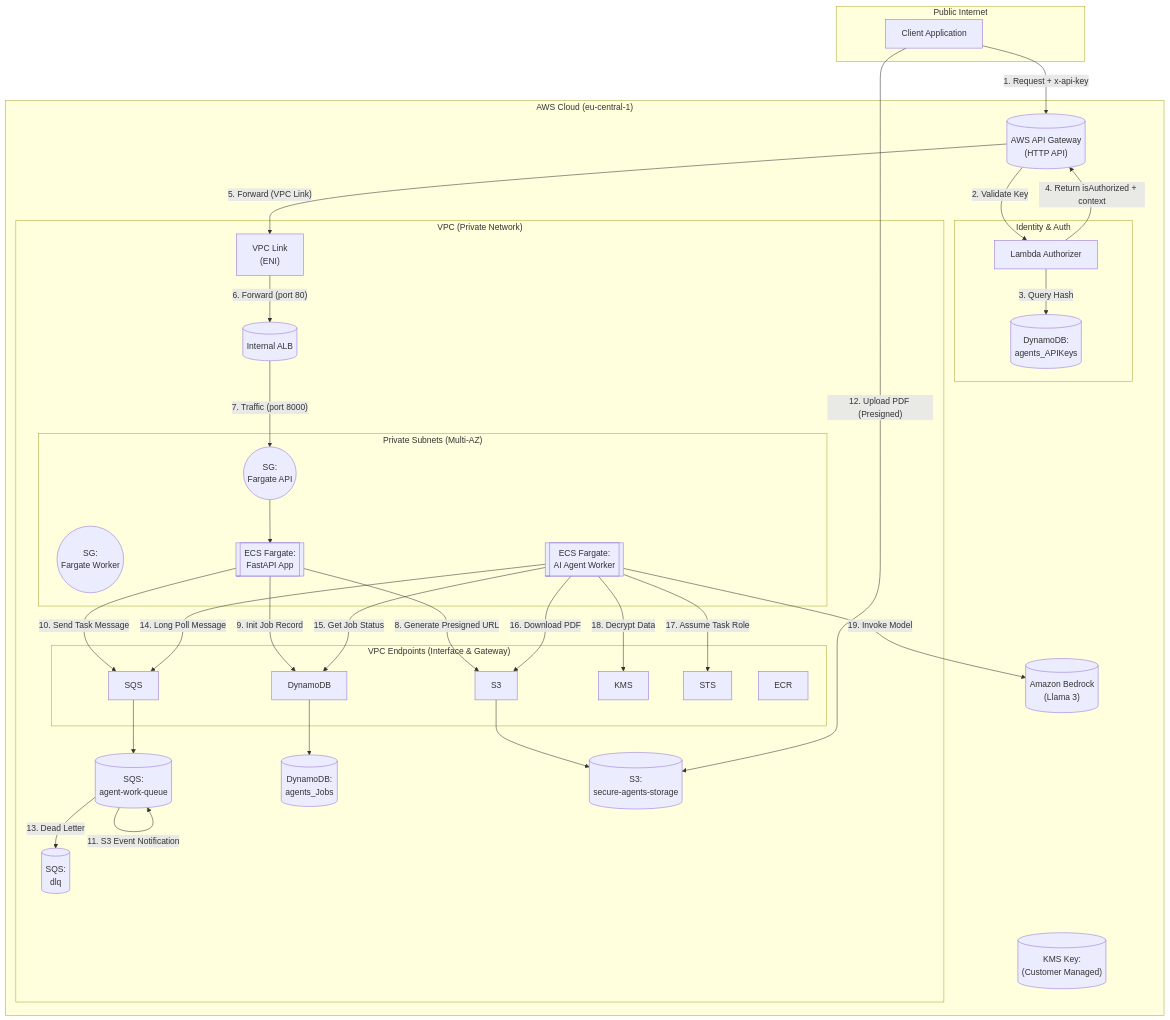
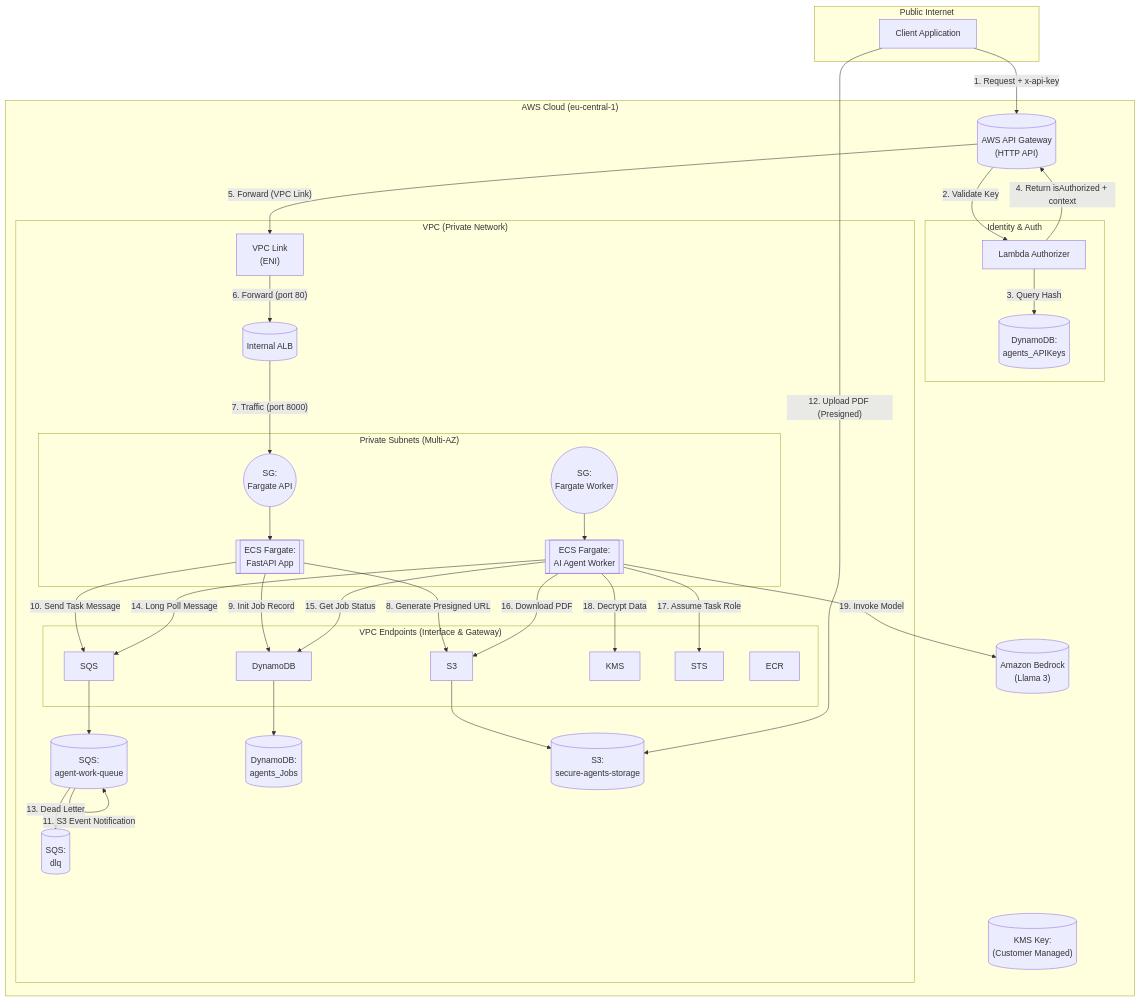
Before and after one commit to SteliosSpanos/secure-agents: the diagram in README.md, drawn with Mermaid.

Commit message:
Fixes diagram

````diff
--- a/README.md
+++ b/README.md
@@ -11,75 +11,76 @@
 ```mermaid
 graph TD
   subgraph PublicInternet["Public Internet"]
     Client["Client Application"]
   end
 
   subgraph AWSCloud["AWS Cloud (eu-central-1)"]
     APIGW[("AWS API Gateway<br>(HTTP API)")]
 
     subgraph AuthLayer["Identity & Auth"]
       Authorizer["Lambda Authorizer"]
       ApiKeysTable[("DynamoDB:<br>agents_APIKeys")]
     end
 
     subgraph VPC["VPC (Private Network)"]
       VpcLinkENI["VPC Link<br>(ENI)"]
       InternalALB[("Internal ALB")]
 
       subgraph VpcEndpoints["VPC Endpoints (Interface & Gateway)"]
         EndpointSQS["SQS"]
         EndpointDynamoDB["DynamoDB"]
         EndpointS3["S3"]
         EndpointKMS["KMS"]
         EndpointSTS["STS"]
         EndpointECR["ECR"]
       end
 
       MainQueue[("SQS:<br>agent-work-queue")]
       DlqQueue[("SQS:<br>dlq")]
       JobsTable[("DynamoDB:<br>agents_Jobs")]
       StorageBucket[("S3:<br>secure-agents-storage")]
 
       subgraph PrivateSubnets["Private Subnets (Multi-AZ)"]
         SgApi(("SG:<br>Fargate API"))
         SgWorker(("SG:<br>Fargate Worker"))
 
         ApiService[["ECS Fargate:<br>FastAPI App"]]
         WorkerService[["ECS Fargate:<br>AI Agent Worker"]]
       end
     end
 
     BedrockService[("Amazon Bedrock<br>(Llama 3)")]
     KmsKey[("KMS Key:<br>(Customer Managed)")]
   end
 
 
   Client -- "1. Request + x-api-key" --> APIGW
   APIGW -- "2. Validate Key" --> Authorizer
   Authorizer -- "3. Query Hash" --> ApiKeysTable
   Authorizer -- "4. Return isAuthorized + context" --> APIGW
 
   APIGW -- "5. Forward (VPC Link)" --> VpcLinkENI
   VpcLinkENI -- "6. Forward (port 80)" --> InternalALB
   InternalALB -- "7. Traffic (port 8000)" --> SgApi
   SgApi --> ApiService
 
   ApiService -- "8. Generate Presigned URL" --> EndpointS3
   EndpointS3 --> StorageBucket
   ApiService -- "9. Init Job Record" --> EndpointDynamoDB
   EndpointDynamoDB --> JobsTable
   ApiService -- "10. Send Task Message" --> EndpointSQS
   EndpointSQS --> MainQueue
 
   MainQueue -- "11. S3 Event Notification" --> MainQueue
   Client -- "12. Upload PDF (Presigned)" --> StorageBucket
   MainQueue -- "13. Dead Letter" --> DlqQueue
   WorkerService -- "14. Long Poll Message" --> EndpointSQS
   WorkerService -- "15. Get Job Status" --> EndpointDynamoDB
   WorkerService -- "16. Download PDF" --> EndpointS3
   WorkerService -- "17. Assume Task Role" --> EndpointSTS
   WorkerService -- "18. Decrypt Data" --> EndpointKMS
 
+  SgWorker --> WorkerService
   WorkerService -- "19. Invoke Model" --> BedrockService
 
 ```
````
